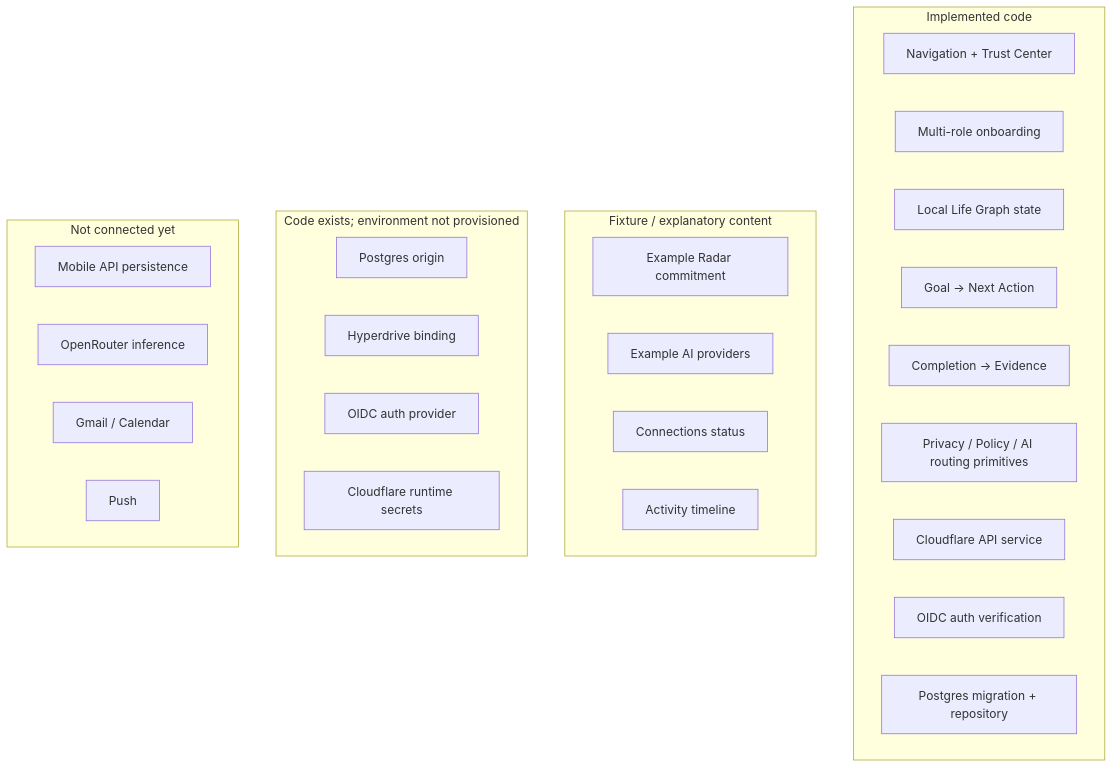
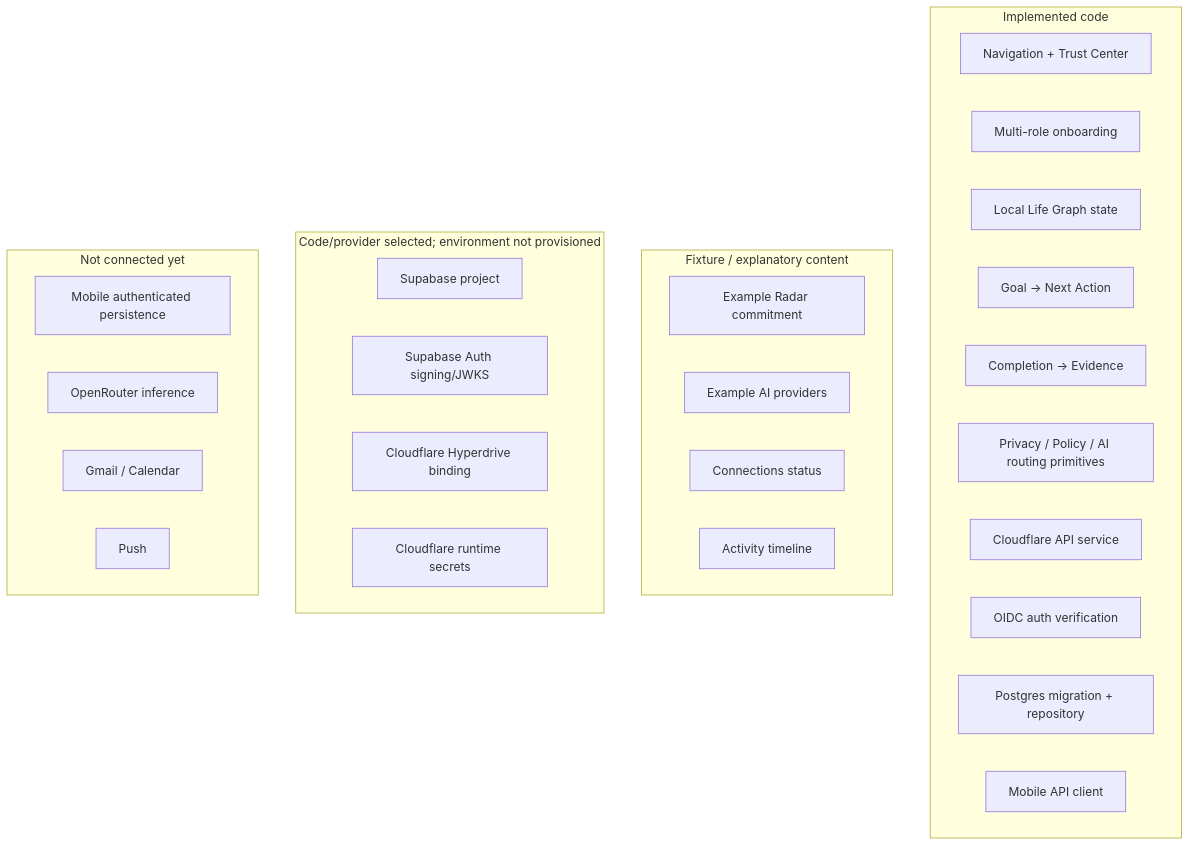
The second of 3 diagrams in docs/13-IMPLEMENTATION-STATUS.md (seq23/aplayer-mode), drawn with Mermaid before and after one commit. The commit also changed other lines of this file, not shown here.

Commit message:
docs: record Supabase MVP selection and mobile API client

````diff
--- a/docs/13-IMPLEMENTATION-STATUS.md
+++ b/docs/13-IMPLEMENTATION-STATUS.md
@@ -68,35 +71,36 @@
 ```mermaid
 flowchart TB
   subgraph REAL[Implemented code]
     R1[Navigation + Trust Center]
     R2[Multi-role onboarding]
     R3[Local Life Graph state]
     R4[Goal -> Next Action]
     R5[Completion -> Evidence]
     R6[Privacy / Policy / AI routing primitives]
     R7[Cloudflare API service]
     R8[OIDC auth verification]
     R9[Postgres migration + repository]
+    R10[Mobile API client]
   end
 
   subgraph FIXTURE[Fixture / explanatory content]
     F1[Example Radar commitment]
     F2[Example AI providers]
     F3[Connections status]
     F4[Activity timeline]
   end
 
-  subgraph NEEDSENV[Code exists; environment not provisioned]
-    P1[Postgres origin]
-    P2[Hyperdrive binding]
-    P3[OIDC auth provider]
+  subgraph NEEDSENV[Code/provider selected; environment not provisioned]
+    P1[Supabase project]
+    P2[Supabase Auth signing/JWKS]
+    P3[Cloudflare Hyperdrive binding]
     P4[Cloudflare runtime secrets]
   end
 
   subgraph NOTYET[Not connected yet]
-    N1[Mobile API persistence]
+    N1[Mobile authenticated persistence]
     N2[OpenRouter inference]
     N3[Gmail / Calendar]
     N4[Push]
   end
 ```
````
